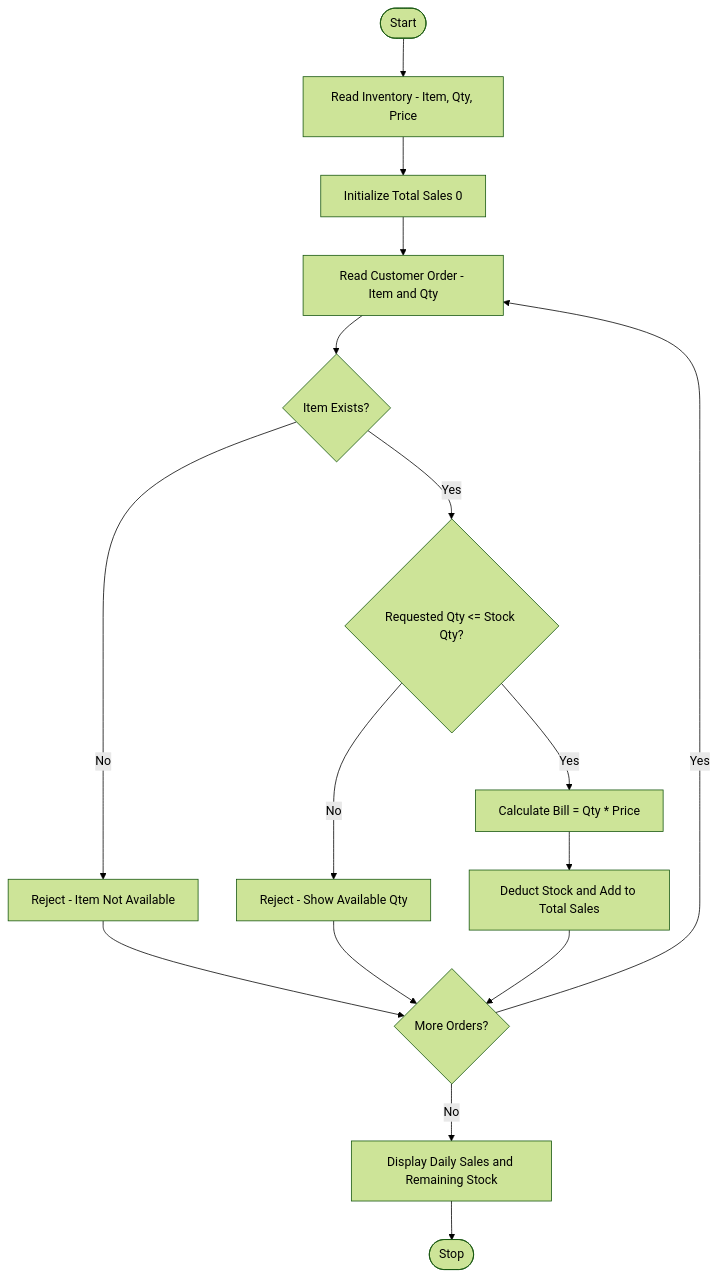
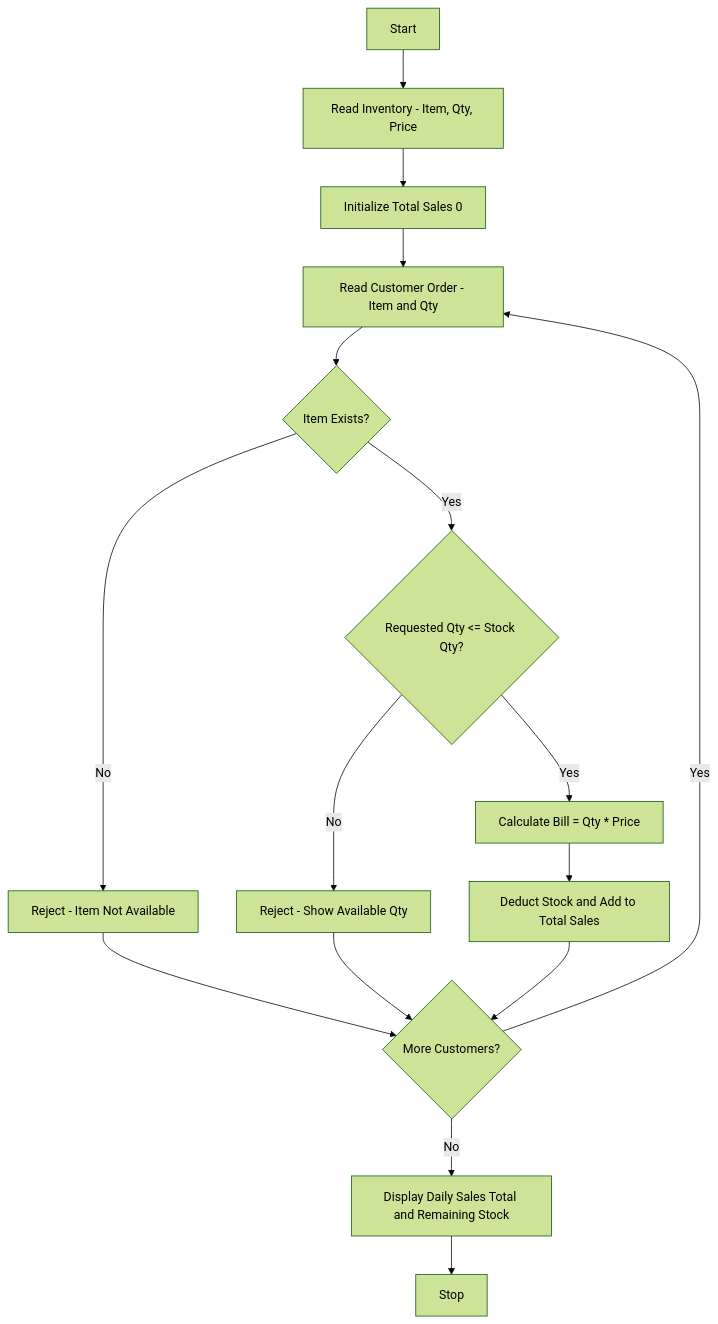
Before and after one commit to bhavyabalusupati10-maker/Python-Tasks: the diagram in Task5/Code.md, drawn with Mermaid (forest theme). The commit also changed other lines of this file, not shown here.

````diff
--- a/Task5/Code.md
+++ b/Task5/Code.md
@@ -20,18 +21,18 @@
 ```mermaid
 flowchart TD
-    First([Start]) --> A[Read Inventory - Item, Qty, Price]
-    A --> B[Initialize Total Sales 0]
-    B --> C[Read Customer Order - Item and Qty]
-    C --> D{Item Exists?}
-    D -->|No| E[Reject - Item Not Available]
-    D -->|Yes| F{Requested Qty <= Stock Qty?}
-    F -->|No| G[Reject - Show Available Qty]
-    F -->|Yes| H[Calculate Bill = Qty * Price]
-    H --> I[Deduct Stock and Add to Total Sales]
-    E --> J{More Orders?}
-    G --> J
-    I --> J
-    J -->|Yes| C
-    J -->|No| K[Display Daily Sales and Remaining Stock]
-    K --> Last([Stop])
+    A[Start] --> B[Read Inventory - Item, Qty, Price]
+    B --> C[Initialize Total Sales 0]
+    C --> D[Read Customer Order - Item and Qty]
+    D --> E{Item Exists?}
+    E -- No --> F[Reject - Item Not Available]
+    E -- Yes --> G{Requested Qty <= Stock Qty?}
+    G -- No --> H[Reject - Show Available Qty]
+    G -- Yes --> I[Calculate Bill = Qty * Price]
+    I --> J[Deduct Stock and Add to Total Sales]
+    J --> K{More Customers?}
+    F --> K
+    H --> K
+    K -- Yes --> D
+    K -- No --> L[Display Daily Sales Total and Remaining Stock]
+    L --> M[Stop]
 ```
````
